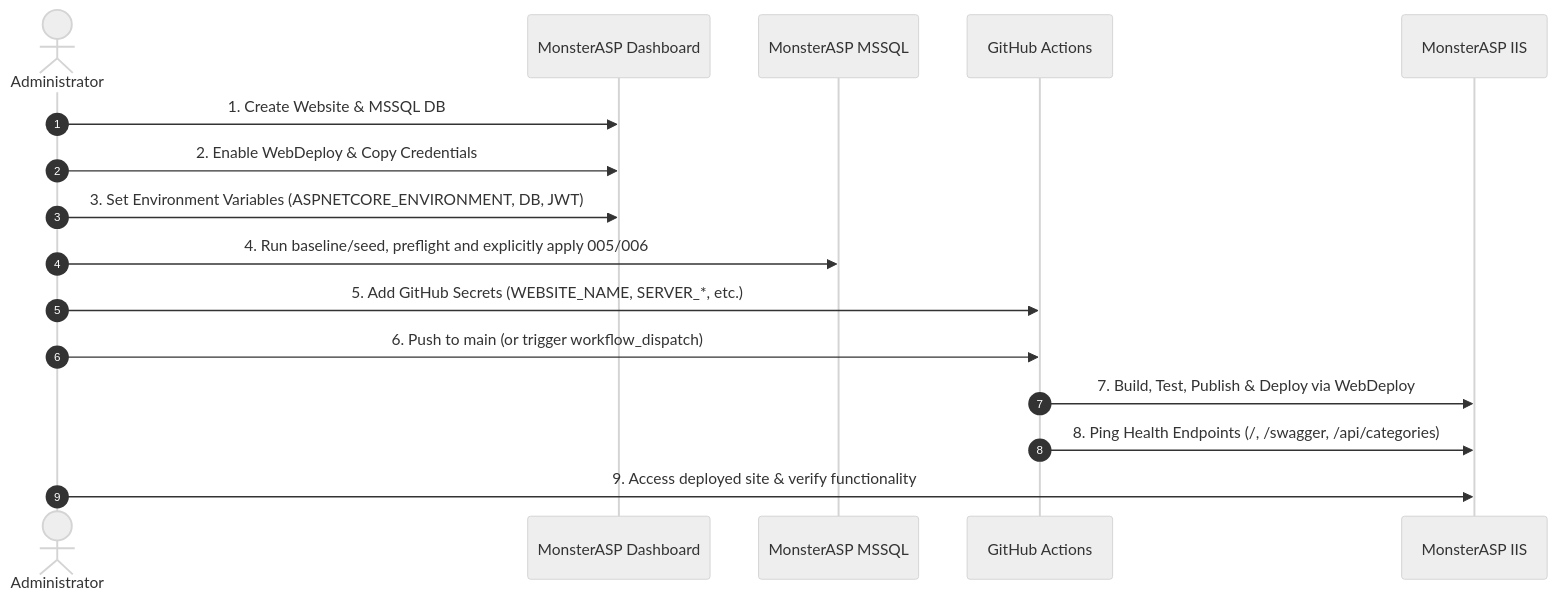
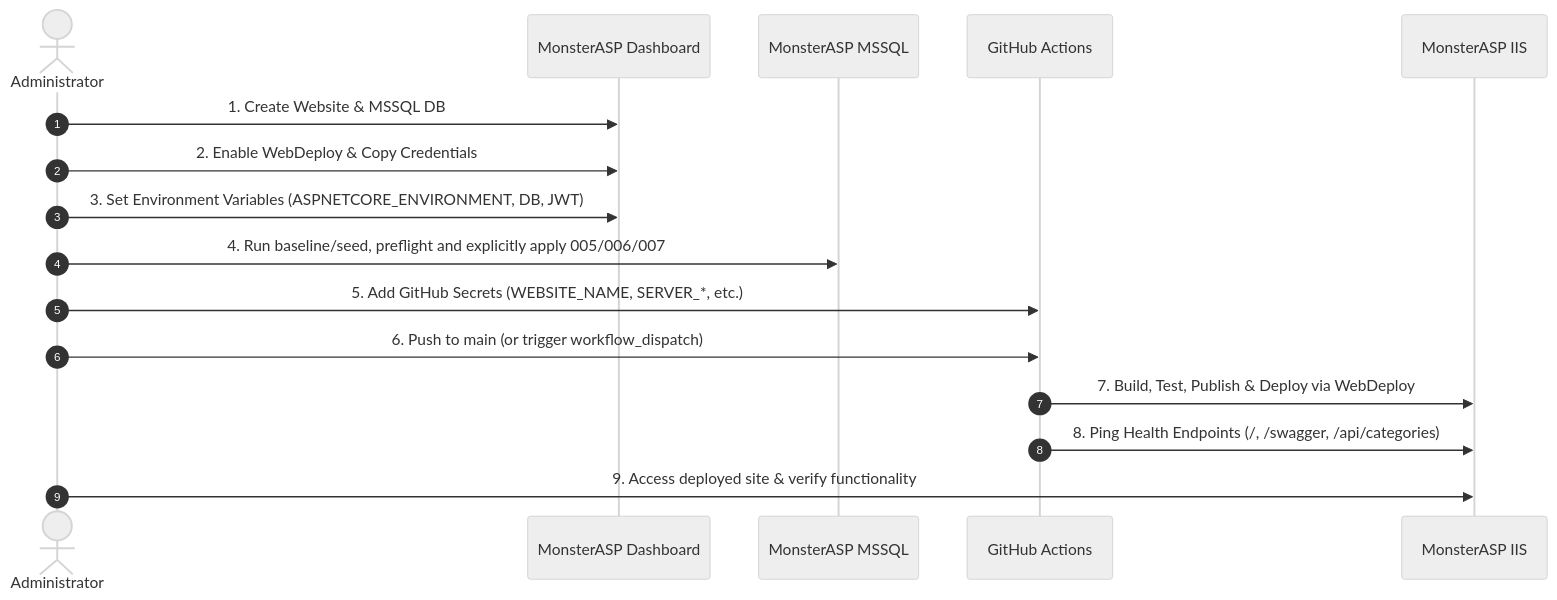
The diagram in docs/MONSTERASP_DEPLOYMENT.md (ShadmanMuhtasim/Karigor), drawn with Mermaid (neutral theme) before and after one commit. The commit also changed other lines of this file and 29 other files, not shown here.

````diff
--- a/docs/MONSTERASP_DEPLOYMENT.md
+++ b/docs/MONSTERASP_DEPLOYMENT.md
@@ -216,19 +216,19 @@
 ```mermaid
 sequenceDiagram
     autonumber
     actor Admin as Administrator
     participant Dashboard as MonsterASP Dashboard
     participant DB as MonsterASP MSSQL
     participant GitHub as GitHub Actions
     participant IIS as MonsterASP IIS
 
     Admin->>Dashboard: 1. Create Website & MSSQL DB
     Admin->>Dashboard: 2. Enable WebDeploy & Copy Credentials
     Admin->>Dashboard: 3. Set Environment Variables (ASPNETCORE_ENVIRONMENT, DB, JWT)
-    Admin->>DB: 4. Run baseline/seed, preflight and explicitly apply 005/006
+    Admin->>DB: 4. Run baseline/seed, preflight and explicitly apply 005/006/007
     Admin->>GitHub: 5. Add GitHub Secrets (WEBSITE_NAME, SERVER_*, etc.)
     Admin->>GitHub: 6. Push to main (or trigger workflow_dispatch)
     GitHub->>IIS: 7. Build, Test, Publish & Deploy via WebDeploy
     GitHub->>IIS: 8. Ping Health Endpoints (/, /swagger, /api/categories)
     Admin->>IIS: 9. Access deployed site & verify functionality
 ```
````
